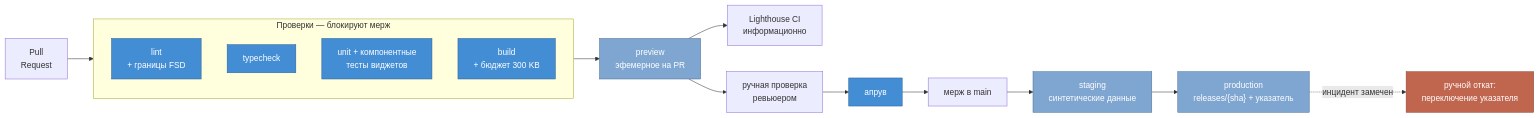
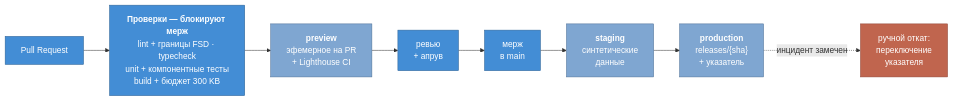
One commit to lionlimon/otus_lessons changed the second of 2 diagrams in docs/frontend-architecture.md. Above: the diagram before and after it, drawn with Mermaid. The commit also changed other lines of this file, not shown here.

````diff
--- a/docs/frontend-architecture.md
+++ b/docs/frontend-architecture.md
@@ -178,29 +106,17 @@
 ```mermaid
 flowchart LR
-    pr["Pull<br/>Request"] --> checks
-
-    subgraph checks["Проверки — блокируют мерж"]
-        direction TB
-        lint["lint<br/>+ границы FSD"]
-        types["typecheck"]
-        unit["unit + компонентные<br/>тесты виджетов"]
-        build["build<br/>+ бюджет 300 KB"]
-    end
-
-    checks --> preview["preview<br/>эфемерное на PR"]
-    preview --> lh["Lighthouse CI<br/>информационно"]
-    preview --> review["ручная проверка<br/>ревьюером"]
-    review --> approve["апрув"]
-    approve --> merge["мерж в main"]
-
-    merge --> stg["staging<br/>синтетические данные"]
-    stg --> prod["production<br/>releases/{sha} + указатель"]
-    prod -.->|"инцидент замечен"| back["ручной откат:<br/>переключение указателя"]
+    pr["Pull Request"] --> checks["<b>Проверки — блокируют мерж</b><br/>lint + границы FSD · typecheck<br/>unit + компонентные тесты<br/>build + бюджет 300 KB"]
+    checks --> preview["<b>preview</b><br/>эфемерное на PR<br/>+ Lighthouse CI"]
+    preview --> approve["ревью<br/>+ апрув"]
+    approve --> merge["мерж<br/>в main"]
+    merge --> stg["<b>staging</b><br/>синтетические<br/>данные"]
+    stg --> prod["<b>production</b><br/>releases/{sha}<br/>+ указатель"]
+    prod -.->|"инцидент замечен"| back["ручной откат:<br/>переключение<br/>указателя"]
 
     classDef gate fill:#438dd5,stroke:#2e6295,color:#fff
     classDef env fill:#7fa6d1,stroke:#4d6f96,color:#fff
     classDef bad fill:#c0654e,stroke:#8f4536,color:#fff
-    class lint,types,unit,build,approve gate
+    class pr,checks,approve,merge gate
     class preview,stg,prod env
     class back bad
 ```
````
